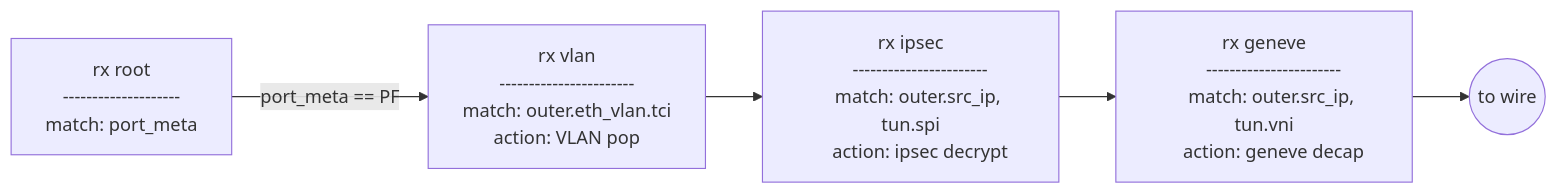
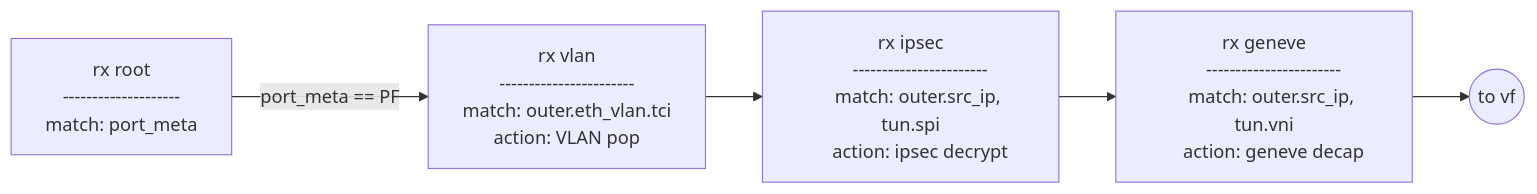
Before and after one commit to edmundselliot/doca-cloud: the second of 2 diagrams in README.md, drawn with Mermaid.

Commit message:
typo in readme

````diff
--- a/README.md
+++ b/README.md
@@ -62,28 +62,28 @@
 ```mermaid
 flowchart LR
     A[rx root
     --------------------
     match: port_meta]
 
     B[rx geneve
     -----------------------
     match: outer.src_ip, tun.vni
     action: geneve decap]
 
     C[rx ipsec
     -----------------------
     match: outer.src_ip, tun.spi
     action: ipsec decrypt]
 
     D[rx vlan
     -----------------------
     match: outer.eth_vlan.tci
     action: VLAN pop]
 
-    E((to wire))
+    E((to vf))
 
     A -->|port_meta == PF| D
     D --> C
     C --> B
     B --> E
 ```
````
